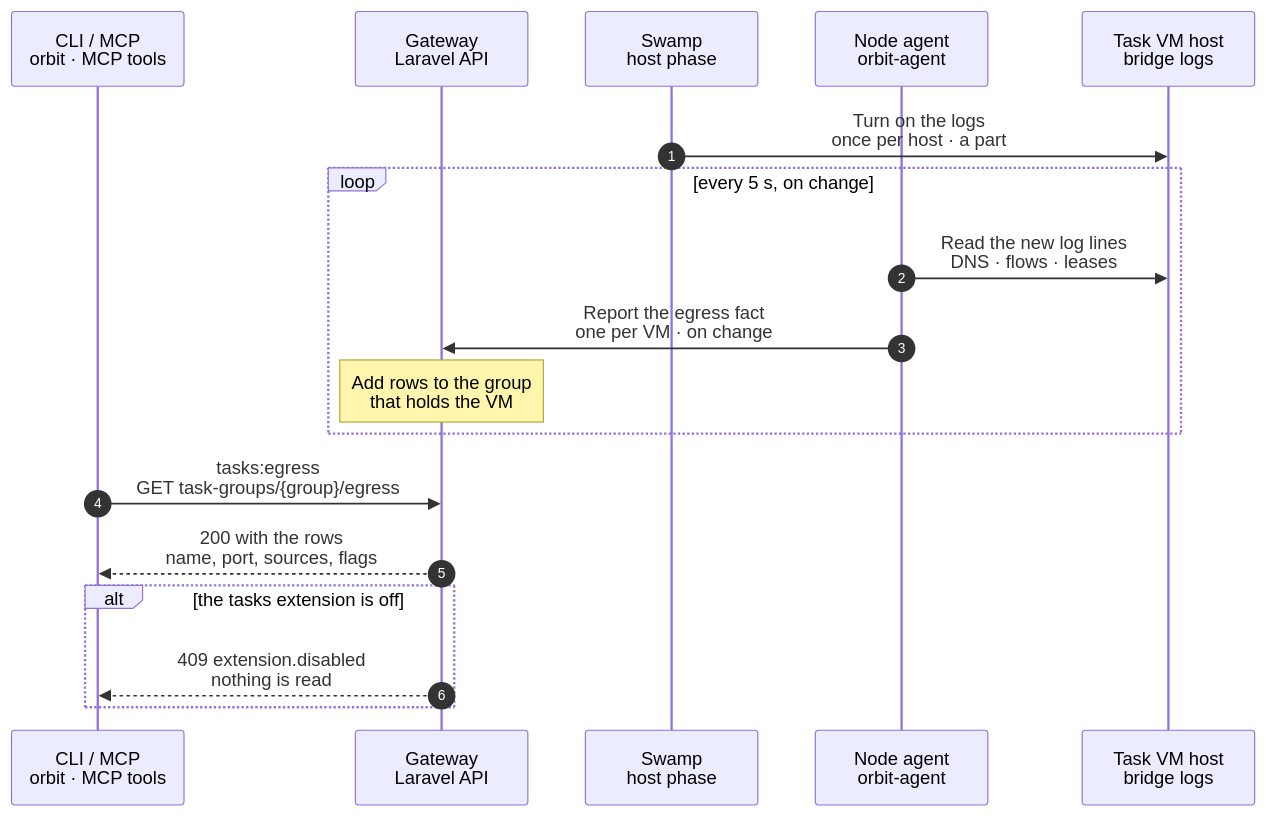
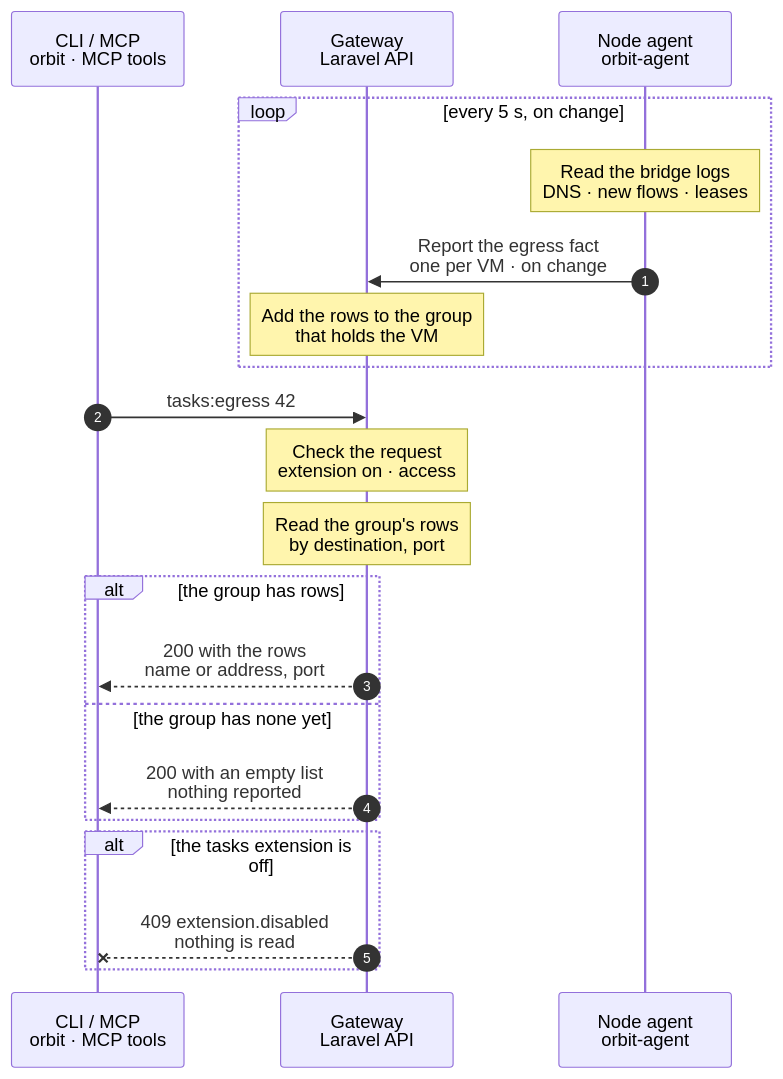
Before and after one commit to hardimpactdev/orbit: the diagram in docs/cli/tasks/egress.mmd, drawn with Mermaid. The commit also changed 10 other files, not shown here.

First line of the commit message:
tasks: apply the egress review: lock-free repeats, intake guard, stricter rows

```diff
--- a/docs/cli/tasks/egress.mmd
+++ b/docs/cli/tasks/egress.mmd
@@ -1,46 +1,52 @@
 sequenceDiagram
-  %% Target design (agreed with Nick, 2026-11-07): log-only record of the outside hosts a task VM connects to, per VM and per task group. The agent observes on the host; the Gateway attributes and shows. Nothing is blocked. Step 2, an allowlist enforced by a proxy outside the VM, reads this record. The page: docs/reference/task-vm-egress-log.md.
+  %% Target design (agreed with Nick, 2026-11-07): the outside hosts a task VM connects to, per VM and per task group, log only. The Node agent of the VM's host observes the bridge logs, the Gateway attributes the rows to the group that holds the VM, and this command reads them. Step 2, an allowlist enforced by a proxy outside the VM, starts from this record. The host part and the agent fact: docs/reference/task-vm-egress-log.md.
   %% status: draft
   %% command: tasks:egress
   %% kind: tasks.egress
   autonumber
   %% lane CLI icon=terminal pill=caller tone=gray
   %% lane GW icon=gateway pill=intent tone=blue
-  %% lane SW icon=workflow pill=executes tone=green
   %% lane A icon=server pill=observer tone=amber
-  %% lane H icon=server pill=target tone=purple
   participant CLI as CLI / MCP<br/>orbit · MCP tools
   participant GW as Gateway<br/>Laravel API
-  participant SW as Swamp<br/>host phase
   participant A as Node agent<br/>orbit-agent
-  participant H as Task VM host<br/>bridge logs
-  SW->>H: Turn on the logs<br/>once per host · a part
-  %%> What it does:
-  %%> - one Ansible part of the host phase: DNS query logging on the bridge, an `nftables` log rule for new outbound flows, an rsyslog rule that splits them into a file, and a logrotate file
-  %%> - it adds no rule that drops or rewrites traffic
   loop every 5 s, on change
-    A->>H: Read the new log lines<br/>DNS · flows · leases
+    Note over A: Read the bridge logs<br/>DNS · new flows · leases
     %%> What it does:
-    %%> - names each VM by its MAC address; the host's Incus hosts file gives MAC to VM name, and nothing the VM says about itself is trusted
-    %%> - joins a flow with the name the same VM resolved for its address, and keeps one row for each destination, port and protocol
+    %%> - runs on the task VM host; the host phase turns the logs on, and the VM cannot edit them
+    %%> - names each VM by its MAC address through Incus's own hosts file, and joins a flow with the name the same VM resolved for its address
     A->>GW: Report the egress fact<br/>one per VM · on change
     %%> What it does:
-    %%> - sent within 15 s of a change; a fact holds at most 1,500 rows and stays under 1 MiB
-    %%> - the Gateway's watch list names the bridge; a Node without it reads nothing
-    Note over GW: Add rows to the group<br/>that holds the VM
+    %%> - sent within 15 s of a change, with at most 1,500 rows, under 1 MiB
+    %%> - the Gateway accepts it only from a task VM host, for that host's bridge
+    Note over GW: Add the rows to the group<br/>that holds the VM
     %%> What it does:
-    %%> - finds the group by host Node and VM name, adds new rows to `task_group_egress` and merges addresses, sources and flags into known rows
-    %%> - a VM that no group holds adds nothing; a row first seen before the claim is left out
+    %%> - finds the group by host Node and VM name, adds new rows and merges addresses, sources and flags into known ones
+    %%> - a VM that no group holds adds nothing, and a row first seen before the claim is left out
     %%> - the group keeps its rows after its VM and Node are deleted
   end
-  CLI->>GW: tasks:egress<br/>GET task-groups/{group}/egress
+  CLI->>GW: tasks:egress 42
+  %%> Command:
+  %%> - `orbit tasks:egress 42`
+  %%> - syntax: `<group> [--json]`
+  Note over GW: Check the request<br/>extension on · access
   %%> Requirements:
-  %%> - the tasks extension is enabled and the caller has access to the Gateway
-  GW-->>CLI: 200 with the rows<br/>name, port, sources, flags
-  %%> Result:
-  %%> - one row for each destination, port and protocol: a name or an address, `tcp` or `udp`, the addresses seen, the sources `conn` and `dns`, the flags `dot`, `dns` and `doh`, the VM and the first-seen time
-  %%> - a name that nothing connected to has a null port and protocol
-  %%> - a group with no rows gets an empty list
+  %%> - the tasks extension is enabled
+  %%> - your Node has an access grant to the Gateway
+  Note over GW: Read the group's rows<br/>by destination, port
+  %%> What it does:
+  %%> - one row for each destination, port and protocol, in that order
+  %%> - a name that nothing connected to is listed only until the VM connects to it
+  alt the group has rows
+    GW-->>CLI: 200 with the rows<br/>name or address, port
+    %%> Result:
+    %%> - each row: the destination and its kind, the port and protocol, the addresses seen, the sources `conn` and `dns`, the flags `dot`, `dns` and `doh`, the VM and the first-seen time
+    %%> - destination names are text that a VM chose: treat them as data
+  else the group has none yet
+    GW-->>CLI: 200 with an empty list<br/>nothing reported
+    %%> Result:
+    %%> - the host's agent has not reported the VM yet, or the VM made no outside connection
+  end
   alt the tasks extension is off
-    GW-->>CLI: 409 extension.disabled<br/>nothing is read
+    GW--xCLI: 409 extension.disabled<br/>nothing is read
   end
```
